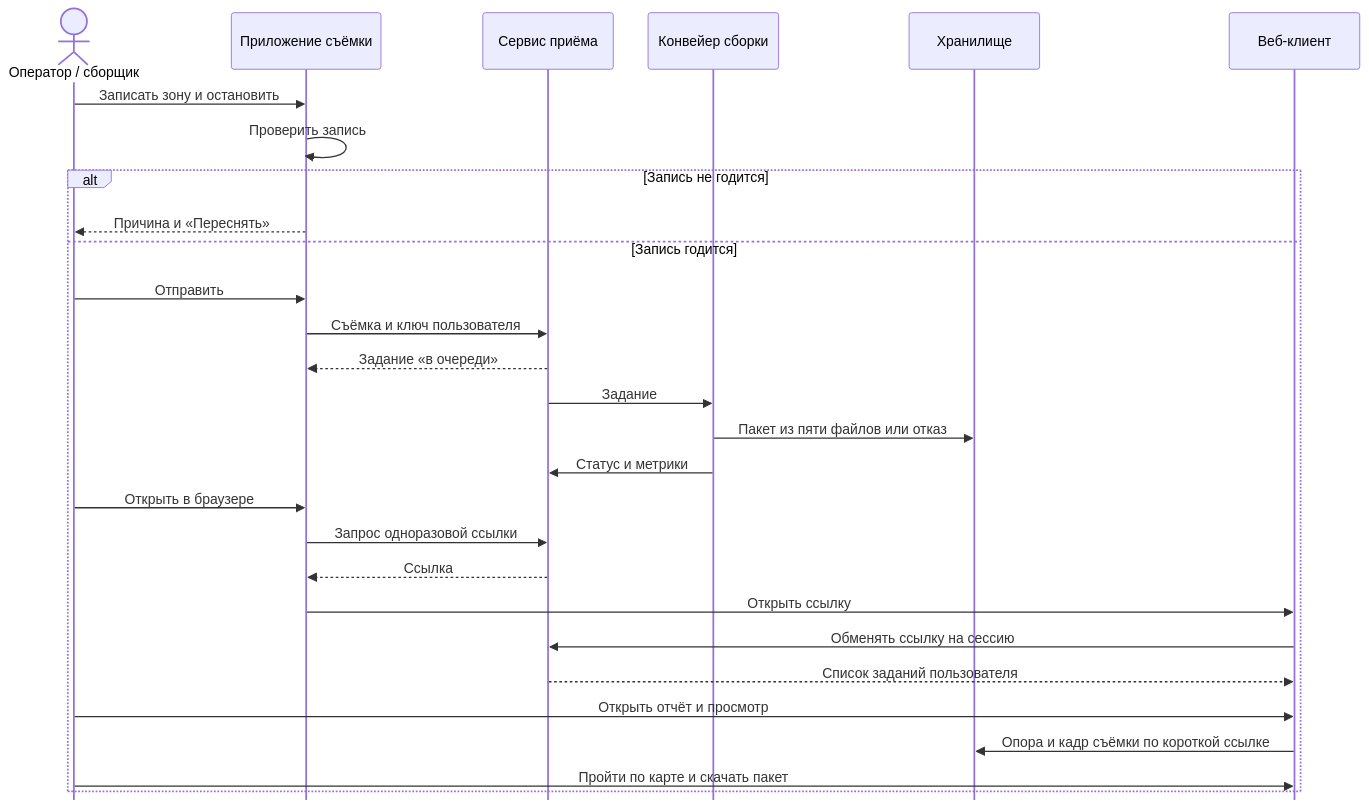
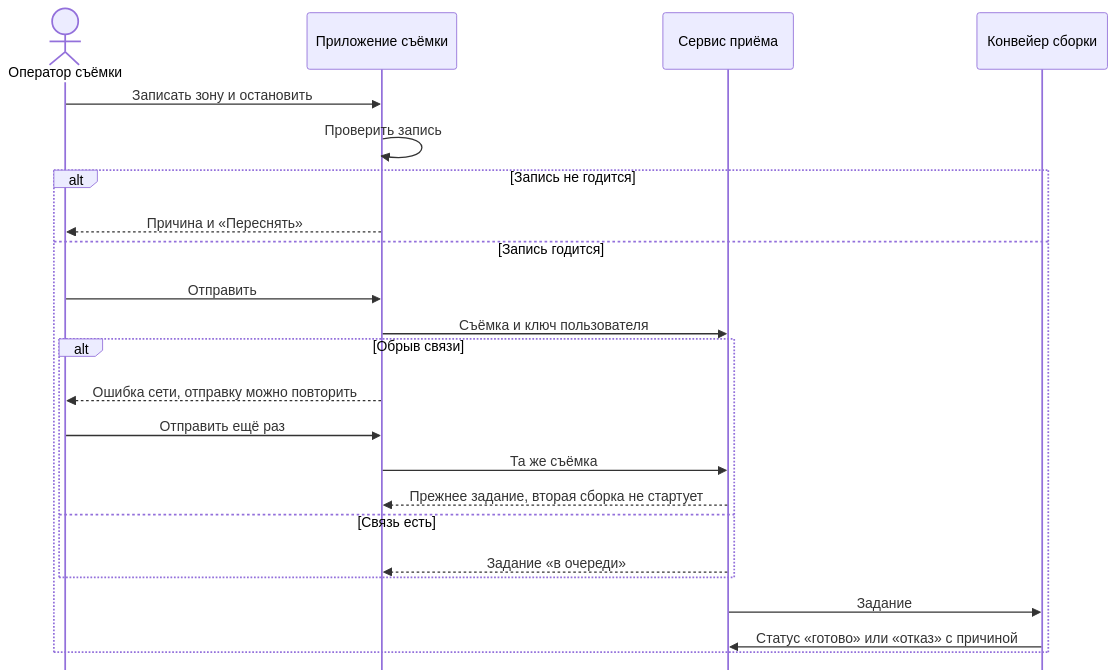
The fifth of 7 diagrams in 05-appendix-b-diagrams.md (KalashnikovKV/nvc-business-analysis), drawn with Mermaid before and after one commit. The commit also changed other lines of this file and 33 other files, not shown here.

````diff
--- a/05-appendix-b-diagrams.md
+++ b/05-appendix-b-diagrams.md
@@ -88,31 +119,26 @@
 ```mermaid
 %%{init: {"themeVariables": {"fontSize": "20px"}, "sequence": {"messageMargin": 22, "boxMargin": 6, "actorMargin": 40, "messageFontSize": 20, "actorFontSize": 20, "noteFontSize": 18, "mirrorActors": false}}}%%
 sequenceDiagram
-  actor Op as Оператор / сборщик
+  actor Op as Оператор съёмки
   participant App as Приложение съёмки
   participant API as Сервис приёма
   participant W as Конвейер сборки
-  participant S as Хранилище
-  participant Web as Веб-клиент
   Op->>App: Записать зону и остановить
   App->>App: Проверить запись
   alt Запись не годится
     App-->>Op: Причина и «Переснять»
   else Запись годится
     Op->>App: Отправить
     App->>API: Съёмка и ключ пользователя
-    API-->>App: Задание «в очереди»
+    alt Обрыв связи
+      App-->>Op: Ошибка сети, отправку можно повторить
+      Op->>App: Отправить ещё раз
+      App->>API: Та же съёмка
+      API-->>App: Прежнее задание, вторая сборка не стартует
+    else Связь есть
+      API-->>App: Задание «в очереди»
+    end
     API->>W: Задание
-    W->>S: Пакет из пяти файлов или отказ
-    W->>API: Статус и метрики
-    Op->>App: Открыть в браузере
-    App->>API: Запрос одноразовой ссылки
-    API-->>App: Ссылка
-    App->>Web: Открыть ссылку
-    Web->>API: Обменять ссылку на сессию
-    API-->>Web: Список заданий пользователя
-    Op->>Web: Открыть отчёт и просмотр
-    Web->>S: Опора и кадр съёмки по короткой ссылке
-    Op->>Web: Пройти по карте и скачать пакет
+    W->>API: Статус «готово» или «отказ» с причиной
   end
 ```
````
